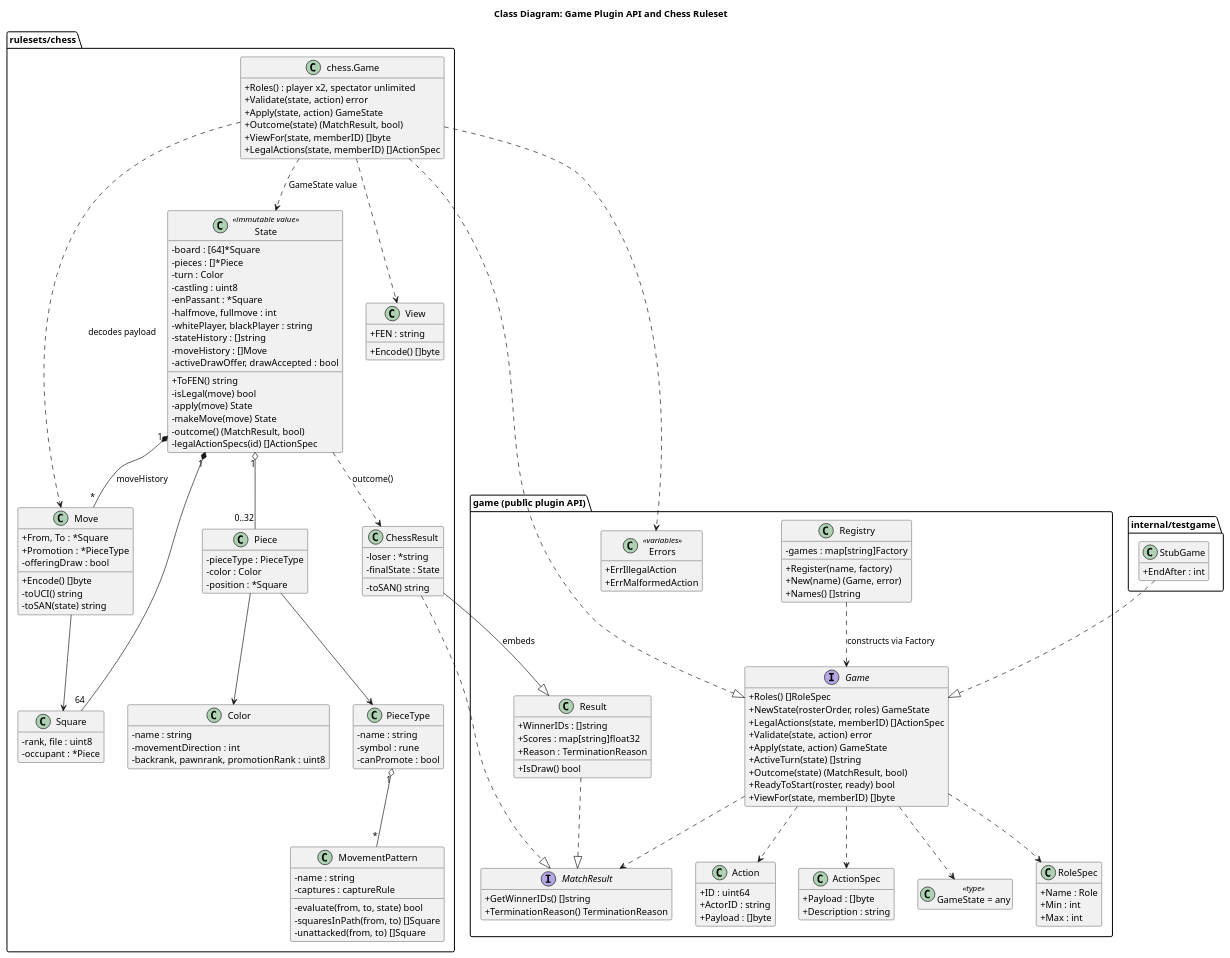
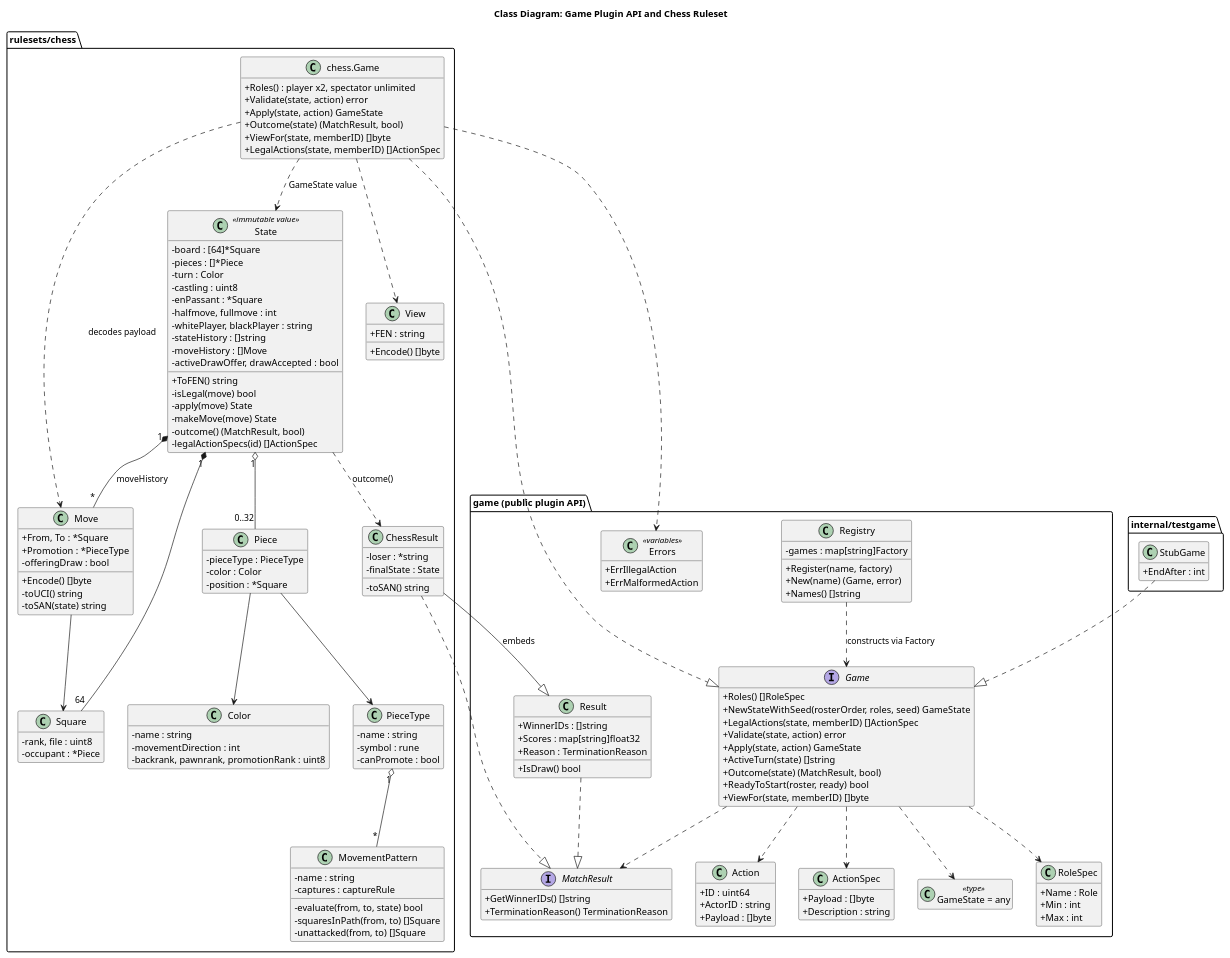
One commit to stevenlagoy/RAMServer-Core changed the diagram in docs/diagrams/05_class_game_plugin.puml. Above: the diagram before and after it, drawn with PlantUML. The commit also changed 15 other files, not shown here.

```diff
--- a/docs/diagrams/05_class_game_plugin.puml
+++ b/docs/diagrams/05_class_game_plugin.puml
@@ -1,157 +1,157 @@
 @startuml 05_class_game_plugin
 title Class Diagram: Game Plugin API and Chess Ruleset
 skinparam shadowing false
 skinparam classAttributeIconSize 0
 hide empty members
 
 package "game (public plugin API)" {
   interface Game {
     +Roles() []RoleSpec
-    +NewState(rosterOrder, roles) GameState
+    +NewStateWithSeed(rosterOrder, roles, seed) GameState
     +LegalActions(state, memberID) []ActionSpec
     +Validate(state, action) error
     +Apply(state, action) GameState
     +ActiveTurn(state) []string
     +Outcome(state) (MatchResult, bool)
     +ReadyToStart(roster, ready) bool
     +ViewFor(state, memberID) []byte
   }
   class Registry {
     -games : map[string]Factory
     +Register(name, factory)
     +New(name) (Game, error)
     +Names() []string
   }
   class RoleSpec {
     +Name : Role
     +Min : int
     +Max : int
   }
   class Action {
     +ID : uint64
     +ActorID : string
     +Payload : []byte
   }
   class ActionSpec {
     +Payload : []byte
     +Description : string
   }
   interface MatchResult {
     +GetWinnerIDs() []string
     +TerminationReason() TerminationReason
   }
   class Result {
     +WinnerIDs : []string
     +Scores : map[string]float32
     +Reason : TerminationReason
     +IsDraw() bool
   }
   class "GameState = any" as GameState <<type>>
   class Errors <<variables>> {
     +ErrIllegalAction
     +ErrMalformedAction
   }
 }
 
 package "rulesets/chess" {
   class "chess.Game" as ChessGame {
     +Roles() : player x2, spectator unlimited
     +Validate(state, action) error
     +Apply(state, action) GameState
     +Outcome(state) (MatchResult, bool)
     +ViewFor(state, memberID) []byte
     +LegalActions(state, memberID) []ActionSpec
   }
   class State <<immutable value>> {
     -board : [64]*Square
     -pieces : []*Piece
     -turn : Color
     -castling : uint8
     -enPassant : *Square
     -halfmove, fullmove : int
     -whitePlayer, blackPlayer : string
     -stateHistory : []string
     -moveHistory : []Move
     -activeDrawOffer, drawAccepted : bool
     +ToFEN() string
     -isLegal(move) bool
     -apply(move) State
     -makeMove(move) State
     -outcome() (MatchResult, bool)
     -legalActionSpecs(id) []ActionSpec
   }
   class Square {
     -rank, file : uint8
     -occupant : *Piece
   }
   class Piece {
     -pieceType : PieceType
     -color : Color
     -position : *Square
   }
   class PieceType {
     -name : string
     -symbol : rune
     -canPromote : bool
   }
   class MovementPattern {
     -name : string
     -captures : captureRule
     -evaluate(from, to, state) bool
     -squaresInPath(from, to) []Square
     -unattacked(from, to) []Square
   }
   class Color {
     -name : string
     -movementDirection : int
     -backrank, pawnrank, promotionRank : uint8
   }
   class Move {
     +From, To : *Square
     +Promotion : *PieceType
     -offeringDraw : bool
     +Encode() []byte
     -toUCI() string
     -toSAN(state) string
   }
   class ChessResult {
     -loser : *string
     -finalState : State
     -toSAN() string
   }
   class View {
     +FEN : string
     +Encode() []byte
   }
 }
 
 package "internal/testgame" {
   class StubGame {
     +EndAfter : int
   }
 }
 
 Registry ..> Game : constructs via Factory
 Game ..> GameState
 Game ..> RoleSpec
 Game ..> ActionSpec
 Game ..> Action
 Game ..> MatchResult
 Result ..|> MatchResult
 ChessGame ..|> Game
 StubGame ..|> Game
 ChessGame ..> State : GameState value
 ChessGame ..> Move : decodes payload
 ChessGame ..> View
 ChessGame ..> Errors
 State "1" *-- "64" Square
 State "1" o-- "0..32" Piece
 State "1" *-- "*" Move : moveHistory
 Piece --> PieceType
 Piece --> Color
 PieceType "1" o-- "*" MovementPattern
 Move --> Square
 ChessResult --|> Result : embeds
 ChessResult ..|> MatchResult
 State ..> ChessResult : outcome()
 @enduml
```
